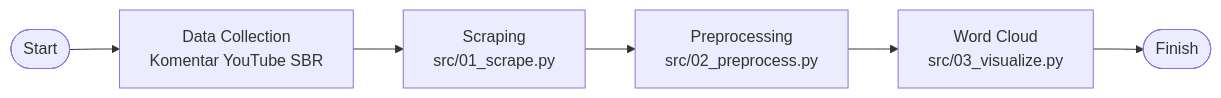
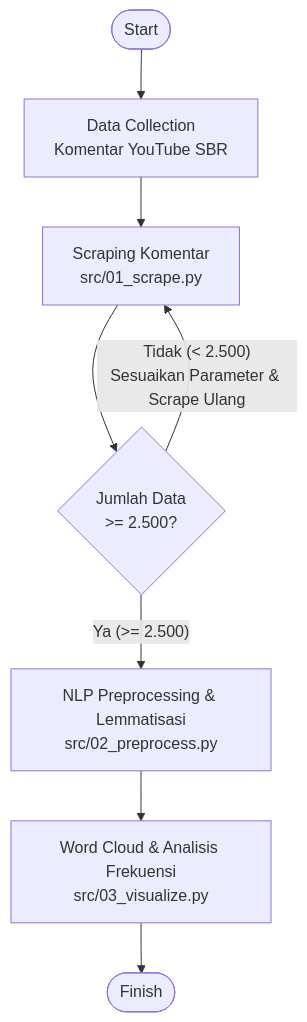
Before and after one commit to hamsigma/sbr-jojo-ytb-text-mining: the first of 2 diagrams in README.md, drawn with Mermaid. The commit also changed other lines of this file and 1 other file, not shown here.

Commit message:
docs: update concise flowchart with comment count validation loop

````diff
--- a/README.md
+++ b/README.md
@@ -8,8 +8,10 @@
 ```mermaid
-flowchart LR
+flowchart TD
     A([Start]) --> B[Data Collection<br/>Komentar YouTube SBR]
-    B --> C[Scraping<br/>src/01_scrape.py]
-    C --> D[Preprocessing<br/>src/02_preprocess.py]
-    D --> E[Word Cloud<br/>src/03_visualize.py]
-    E --> F([Finish])
+    B --> C[Scraping Komentar<br/>src/01_scrape.py]
+    C --> D{Jumlah Data<br/>>= 2.500?}
+    D -- "Tidak (< 2.500)<br/>Sesuaikan Parameter & Scrape Ulang" --> C
+    D -- "Ya (>= 2.500)" --> E[NLP Preprocessing & Lemmatisasi<br/>src/02_preprocess.py]
+    E --> F[Word Cloud & Analisis Frekuensi<br/>src/03_visualize.py]
+    F --> G([Finish])
 ```
````
